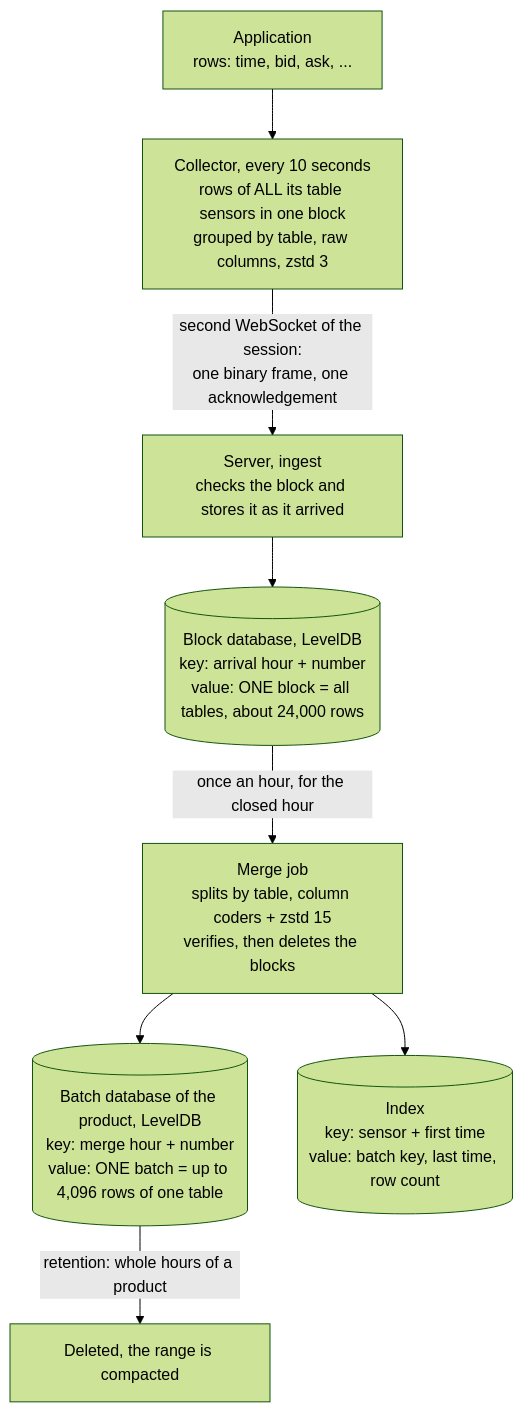
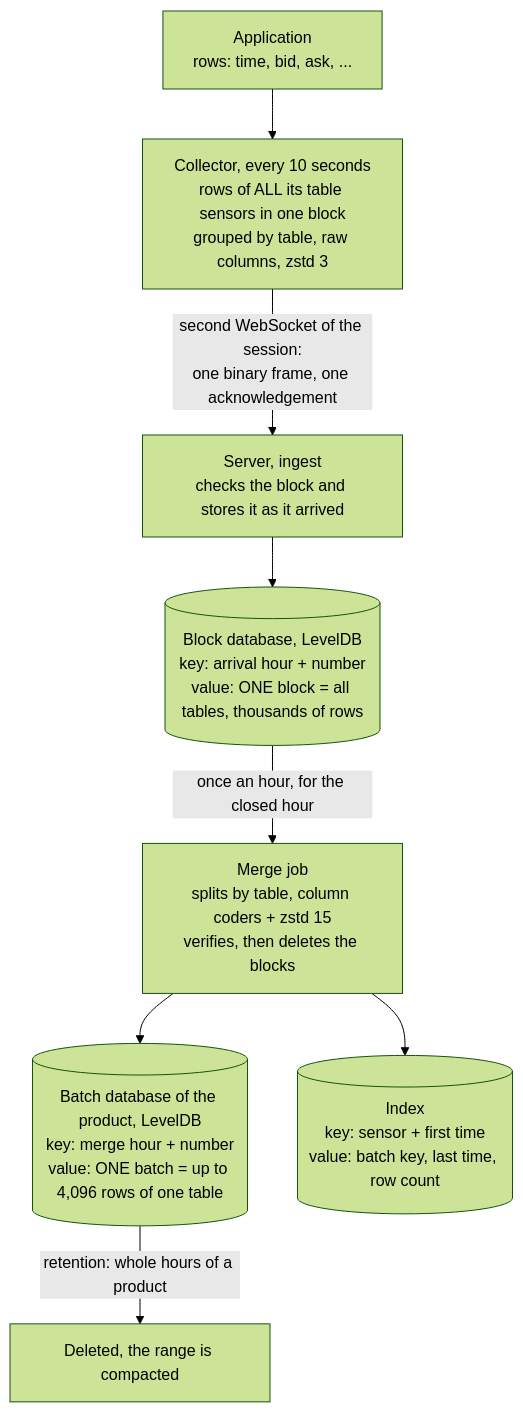
One commit to SoftFx/Hierarchical-Sensor-Monitoring changed the first of 2 diagrams in docs/initiatives/table-sensors.md. Above: the diagram before and after it, drawn with Mermaid (forest theme). The commit also changed other lines of this file and 1 other file, not shown here.

First line of the commit message:
Replace the three-minute estimates by the real-hour measurement

````diff
--- a/docs/initiatives/table-sensors.md
+++ b/docs/initiatives/table-sensors.md
@@ -177,10 +190,10 @@
 ```mermaid
 flowchart TD
     A["Application<br/>rows: time, bid, ask, ..."] --> B["Collector, every 10 seconds<br/>rows of ALL its table sensors in one block<br/>grouped by table, raw columns, zstd 3"]
     B -->|"second WebSocket of the session:<br/>one binary frame, one acknowledgement"| C["Server, ingest<br/>checks the block and stores it as it arrived"]
-    C --> D[("Block database, LevelDB<br/>key: arrival hour + number<br/>value: ONE block = all tables, about 24,000 rows")]
+    C --> D[("Block database, LevelDB<br/>key: arrival hour + number<br/>value: ONE block = all tables, thousands of rows")]
     D -->|"once an hour, for the closed hour"| E["Merge job<br/>splits by table, column coders + zstd 15<br/>verifies, then deletes the blocks"]
     E --> F[("Batch database of the product, LevelDB<br/>key: merge hour + number<br/>value: ONE batch = up to 4,096 rows of one table")]
     E --> G[("Index<br/>key: sensor + first time<br/>value: batch key, last time, row count")]
     F -->|"retention: whole hours of a product"| H["Deleted, the range is compacted"]
 ```
````
